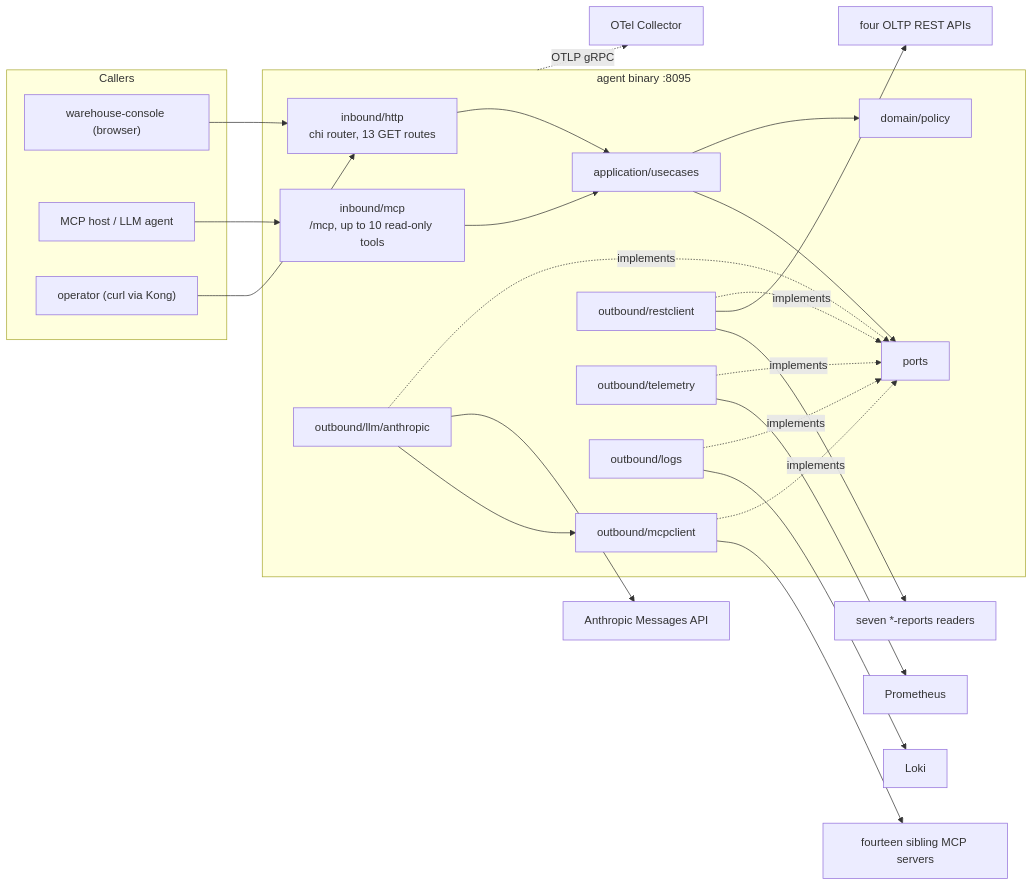
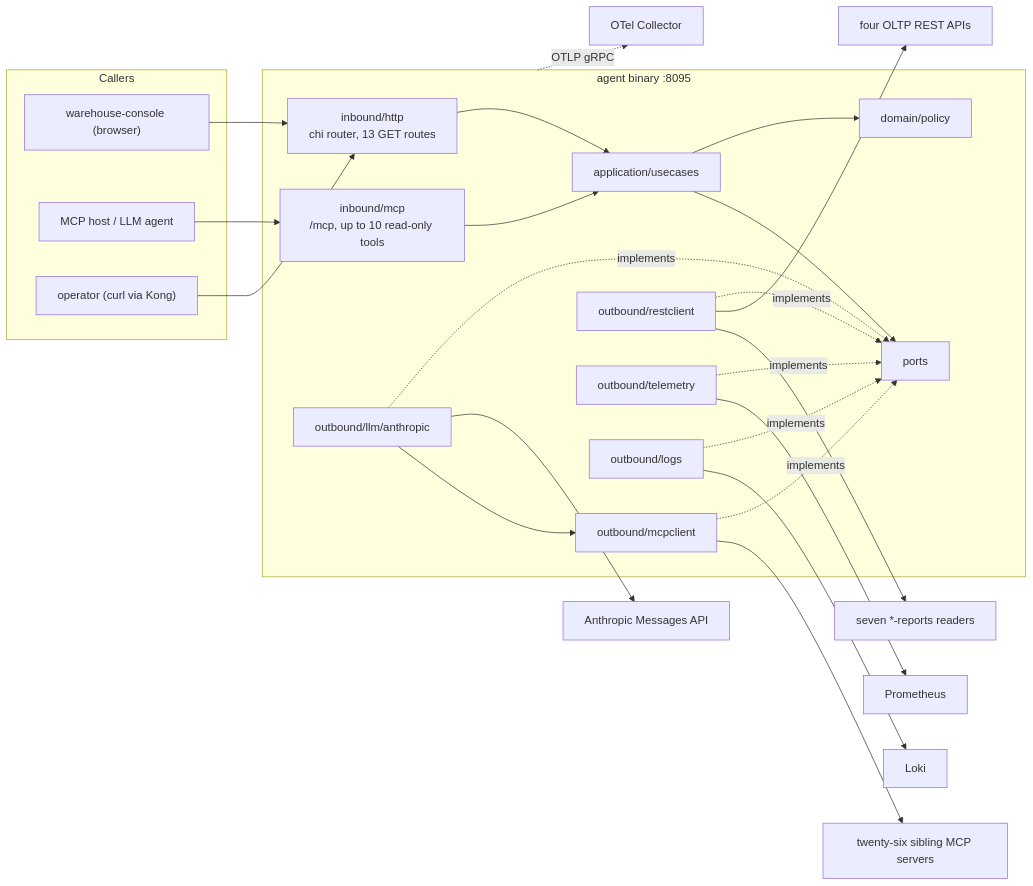
The first of 2 diagrams in docs/docs/overview/architecture.md (IQVO/warehouse-ops-agent), drawn with Mermaid before and after one commit. The commit also changed other lines of this file and 17 other files, not shown here.

First line of the commit message:
feat(wiring): ADR 0025 — optional env wiring, zerowrite allow-lists, chart values, docs

````diff
--- a/docs/docs/overview/architecture.md
+++ b/docs/docs/overview/architecture.md
@@ -48,50 +48,50 @@
 ```mermaid
 flowchart LR
   subgraph callers["Callers"]
     CONSOLE["warehouse-console (browser)"]
     HOST["MCP host / LLM agent"]
     OPS["operator (curl via Kong)"]
   end
 
   subgraph agent["agent binary :8095"]
     HTTP["inbound/http<br/>chi router, 13 GET routes"]
     MCPS["inbound/mcp<br/>/mcp, up to 10 read-only tools"]
     UC["application/usecases"]
     POL["domain/policy"]
     PORTS["ports"]
     MCPC["outbound/mcpclient"]
     REST["outbound/restclient"]
     TEL["outbound/telemetry"]
     LOGS["outbound/logs"]
     LLM["outbound/llm/anthropic"]
   end
 
-  CTX["fourteen sibling MCP servers"]
+  CTX["twenty-six sibling MCP servers"]
   OLTP["four OLTP REST APIs"]
   REP["seven *-reports readers"]
   PROM["Prometheus"]
   LOKI["Loki"]
   ANT["Anthropic Messages API"]
   OTEL["OTel Collector"]
 
   CONSOLE --> HTTP
   OPS --> HTTP
   HOST --> MCPS
   HTTP --> UC
   MCPS --> UC
   UC --> POL
   UC --> PORTS
   MCPC -.implements.-> PORTS
   REST -.implements.-> PORTS
   TEL -.implements.-> PORTS
   LOGS -.implements.-> PORTS
   LLM -.implements.-> PORTS
   MCPC --> CTX
   REST --> OLTP
   REST --> REP
   TEL --> PROM
   LOGS --> LOKI
   LLM --> ANT
   LLM --> MCPC
   agent -. OTLP gRPC .-> OTEL
 ```
````
